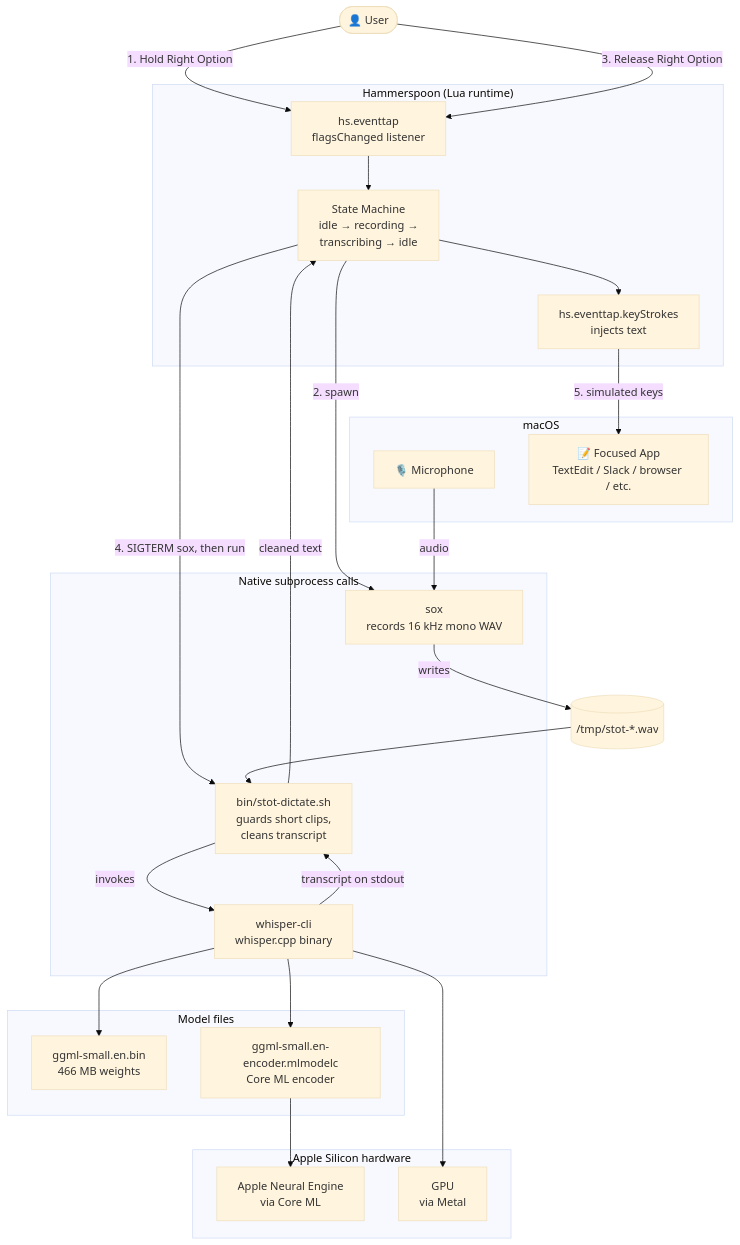
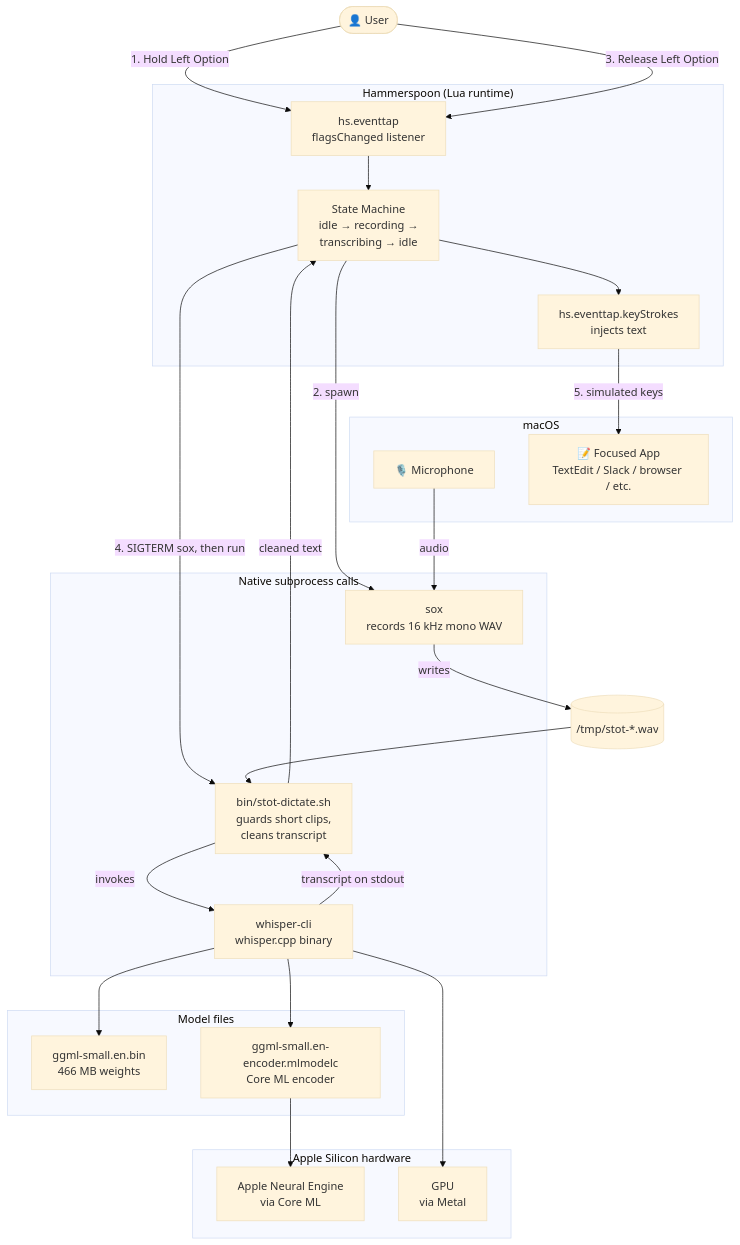
One commit to abhishekonline/stot changed the diagram in README.md. Above: the diagram before and after it, drawn with Mermaid (base theme). The commit also changed other lines of this file and 1 other file, not shown here.

First line of the commit message:
Switch default hotkey to Left Option, fix REPO_ROOT mismatch

````diff
--- a/README.md
+++ b/README.md
@@ -17,50 +17,50 @@
 ```mermaid
 flowchart TD
     User([👤 User])
 
     subgraph macOS["macOS"]
         Mic[🎙️ Microphone]
         FocusedApp[📝 Focused App<br/>TextEdit / Slack / browser / etc.]
     end
 
     subgraph Hammerspoon["Hammerspoon (Lua runtime)"]
         EventTap[hs.eventtap<br/>flagsChanged listener]
         StateMachine[State Machine<br/>idle → recording →<br/>transcribing → idle]
         KeyStrokes[hs.eventtap.keyStrokes<br/>injects text]
     end
 
     subgraph Native["Native subprocess calls"]
         Sox[sox<br/>records 16 kHz mono WAV]
         DictateSh[bin/stot-dictate.sh<br/>guards short clips,<br/>cleans transcript]
         WhisperBin[whisper-cli<br/>whisper.cpp binary]
     end
 
     subgraph Models["Model files"]
         GgmlBin[ggml-small.en.bin<br/>466 MB weights]
         CoremlMlmodelc[ggml-small.en-encoder.mlmodelc<br/>Core ML encoder]
     end
 
     subgraph Hardware["Apple Silicon hardware"]
         ANE[Apple Neural Engine<br/>via Core ML]
         GPU[GPU<br/>via Metal]
     end
 
-    User -- "1. Hold Right Option" --> EventTap
+    User -- "1. Hold Left Option" --> EventTap
     EventTap --> StateMachine
     StateMachine -- "2. spawn" --> Sox
     Mic -- "audio" --> Sox
     Sox -- "writes" --> WAV[(/tmp/stot-*.wav)]
 
-    User -- "3. Release Right Option" --> EventTap
+    User -- "3. Release Left Option" --> EventTap
     StateMachine -- "4. SIGTERM sox, then run" --> DictateSh
     WAV --> DictateSh
     DictateSh -- "invokes" --> WhisperBin
     WhisperBin --> GgmlBin
     WhisperBin --> CoremlMlmodelc
     CoremlMlmodelc --> ANE
     WhisperBin --> GPU
     WhisperBin -- "transcript on stdout" --> DictateSh
     DictateSh -- "cleaned text" --> StateMachine
     StateMachine --> KeyStrokes
     KeyStrokes -- "5. simulated keys" --> FocusedApp
 ```
````
